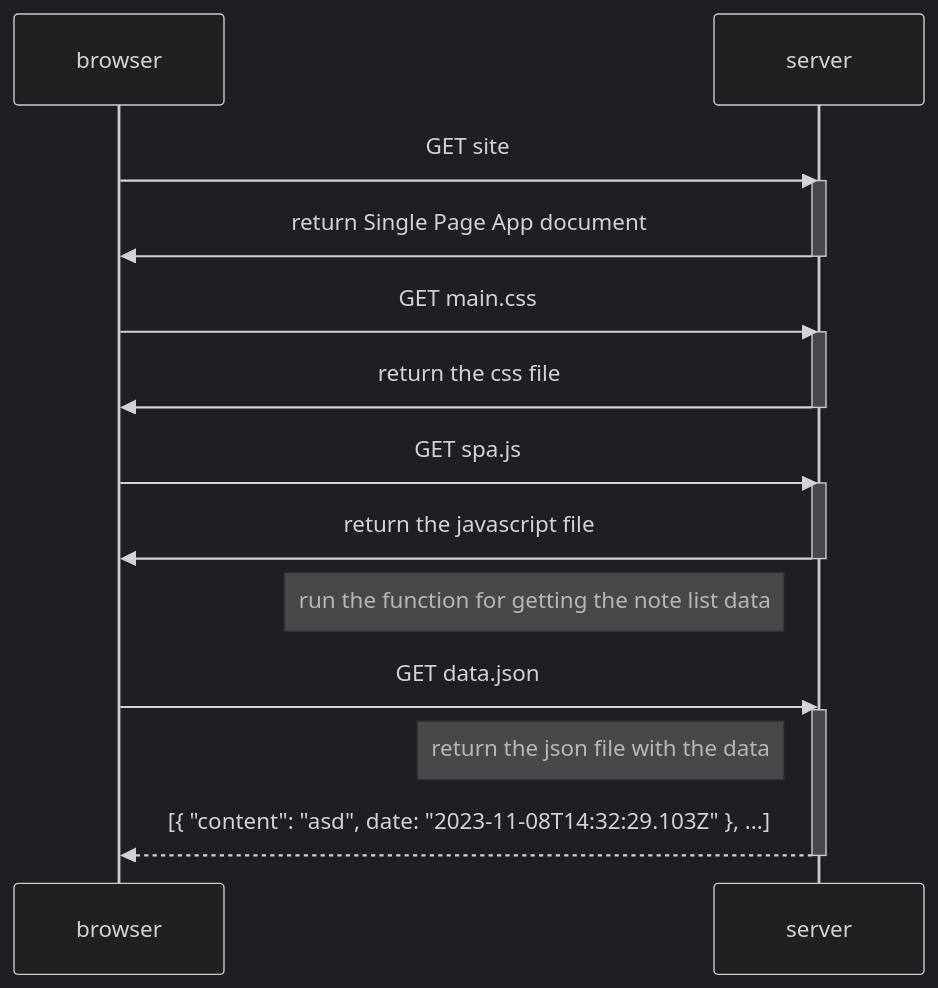
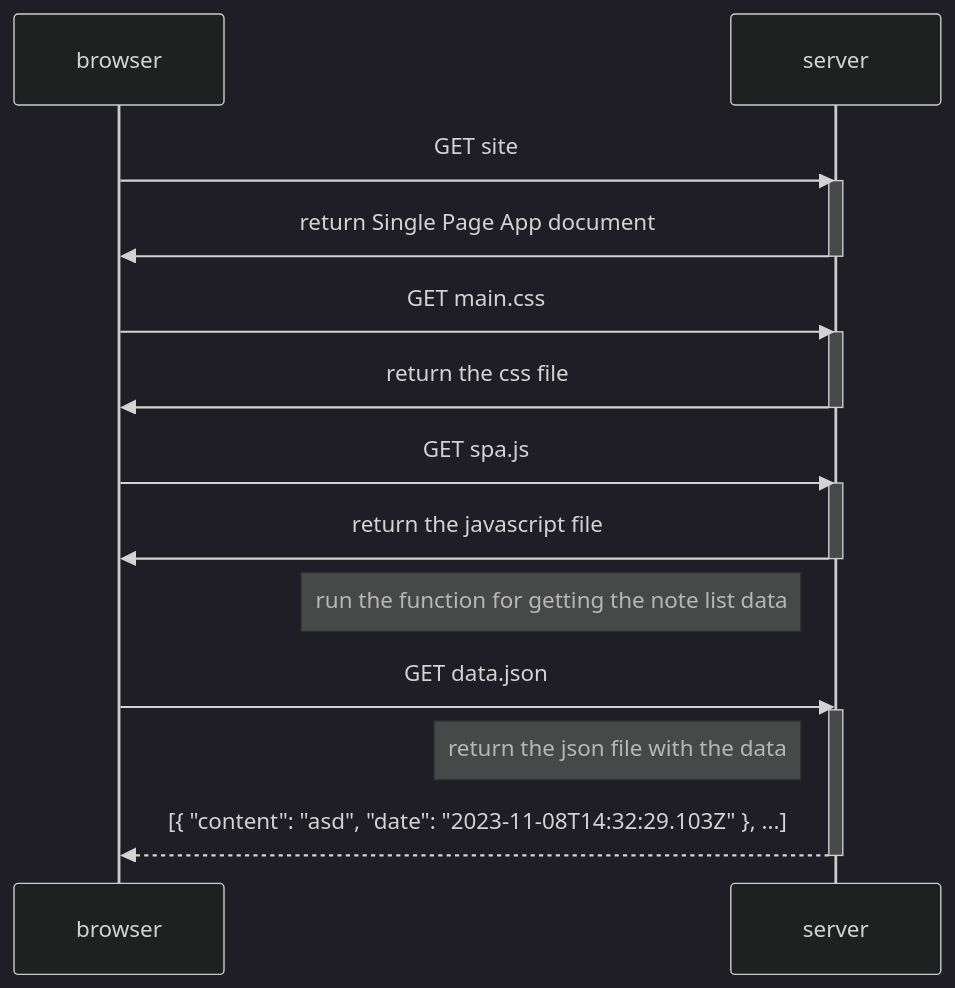
One commit to PatrickJaloScott/FullstackWebcourse changed the first of 2 diagrams in part0/SPA_diagram.md. Above: the diagram before and after it, drawn with Mermaid (dark theme).

Commit message:
Update SPA_diagram.md
* fix marking mistake for json key quotes

````diff
--- a/part0/SPA_diagram.md
+++ b/part0/SPA_diagram.md
@@ -2,27 +2,27 @@
 ```mermaid
 sequenceDiagram
     participant browser
     participant server
     
     browser ->> server: GET site
     activate server
     server ->> browser: return Single Page App document
     deactivate server
     
     browser ->> server: GET main.css
     activate server
     server ->> browser: return the css file
     deactivate server
     
     browser ->> server: GET spa.js
     activate server
     server ->> browser: return the javascript file
     deactivate server
     Note left of server: run the function for getting the note list data
     
     browser ->> server: GET data.json
     activate server
     note left of server: return the json file with the data
-    server -->> browser: [{ "content": "asd", date: "2023-11-08T14:32:29.103Z" }, ...]
+    server -->> browser: [{ "content": "asd", "date": "2023-11-08T14:32:29.103Z" }, ...]
     deactivate server
 ```
````
